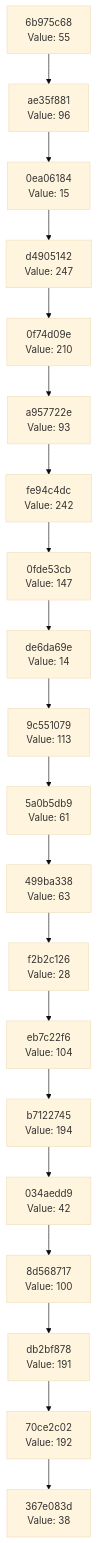
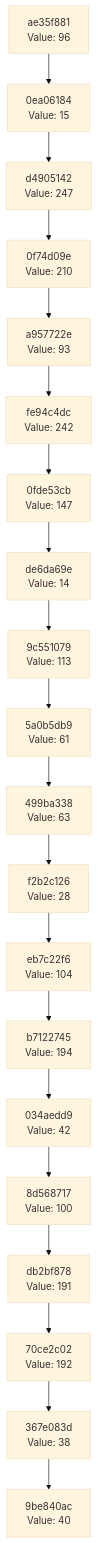
One commit to Abhisheksinha1506/hash-chain-evolver changed the diagram in docs/CHAIN_VISUALIZATION.md. Above: the diagram before and after it, drawn with Mermaid (base theme). The commit also changed 3 other files, not shown here.

````diff
--- a/docs/CHAIN_VISUALIZATION.md
+++ b/docs/CHAIN_VISUALIZATION.md
@@ -3,42 +3,42 @@
 ```mermaid
 graph TD
-    C0["367e083d<br/>Value: 38"]
-    C1["70ce2c02<br/>Value: 192"]
+    C0["9be840ac<br/>Value: 40"]
+    C1["367e083d<br/>Value: 38"]
     C1 --> C0
-    C2["db2bf878<br/>Value: 191"]
+    C2["70ce2c02<br/>Value: 192"]
     C2 --> C1
-    C3["8d568717<br/>Value: 100"]
+    C3["db2bf878<br/>Value: 191"]
     C3 --> C2
-    C4["034aedd9<br/>Value: 42"]
+    C4["8d568717<br/>Value: 100"]
     C4 --> C3
-    C5["b7122745<br/>Value: 194"]
+    C5["034aedd9<br/>Value: 42"]
     C5 --> C4
-    C6["eb7c22f6<br/>Value: 104"]
+    C6["b7122745<br/>Value: 194"]
     C6 --> C5
-    C7["f2b2c126<br/>Value: 28"]
+    C7["eb7c22f6<br/>Value: 104"]
     C7 --> C6
-    C8["499ba338<br/>Value: 63"]
+    C8["f2b2c126<br/>Value: 28"]
     C8 --> C7
-    C9["5a0b5db9<br/>Value: 61"]
+    C9["499ba338<br/>Value: 63"]
     C9 --> C8
-    C10["9c551079<br/>Value: 113"]
+    C10["5a0b5db9<br/>Value: 61"]
     C10 --> C9
-    C11["de6da69e<br/>Value: 14"]
+    C11["9c551079<br/>Value: 113"]
     C11 --> C10
-    C12["0fde53cb<br/>Value: 147"]
+    C12["de6da69e<br/>Value: 14"]
     C12 --> C11
-    C13["fe94c4dc<br/>Value: 242"]
+    C13["0fde53cb<br/>Value: 147"]
     C13 --> C12
-    C14["a957722e<br/>Value: 93"]
+    C14["fe94c4dc<br/>Value: 242"]
     C14 --> C13
-    C15["0f74d09e<br/>Value: 210"]
+    C15["a957722e<br/>Value: 93"]
     C15 --> C14
-    C16["d4905142<br/>Value: 247"]
+    C16["0f74d09e<br/>Value: 210"]
     C16 --> C15
-    C17["0ea06184<br/>Value: 15"]
+    C17["d4905142<br/>Value: 247"]
     C17 --> C16
-    C18["ae35f881<br/>Value: 96"]
+    C18["0ea06184<br/>Value: 15"]
     C18 --> C17
-    C19["6b975c68<br/>Value: 55"]
+    C19["ae35f881<br/>Value: 96"]
     C19 --> C18
 ```
````
